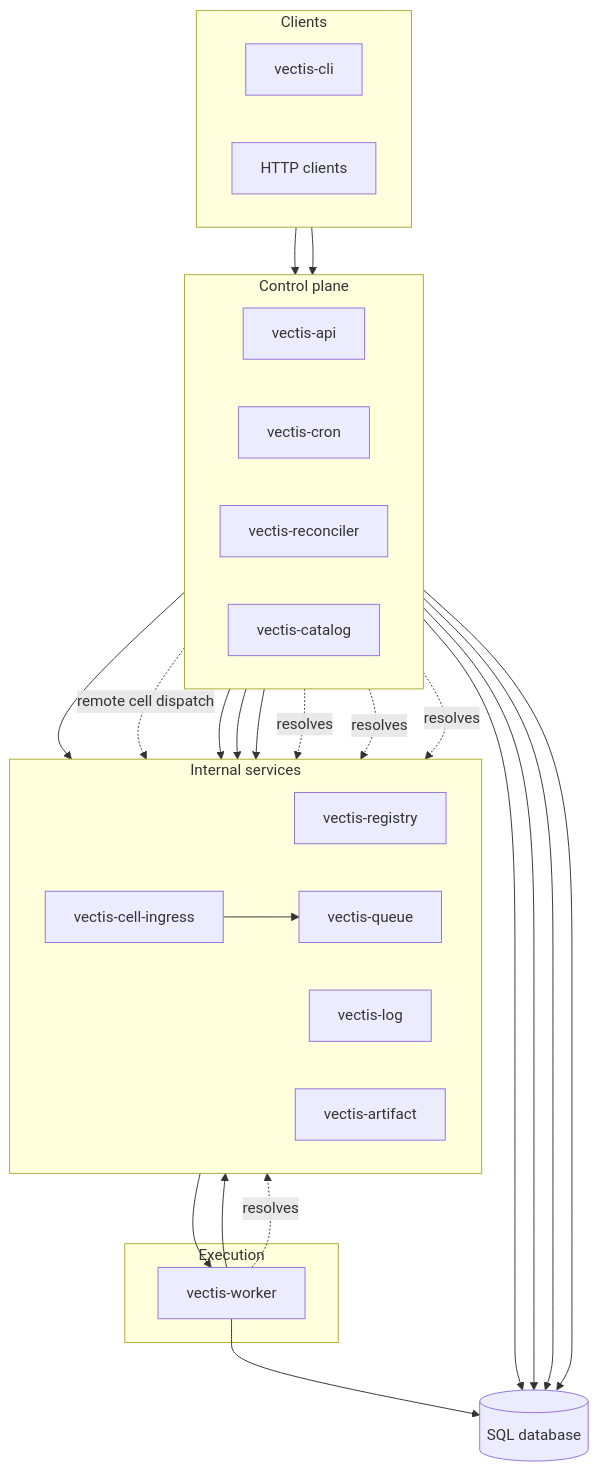
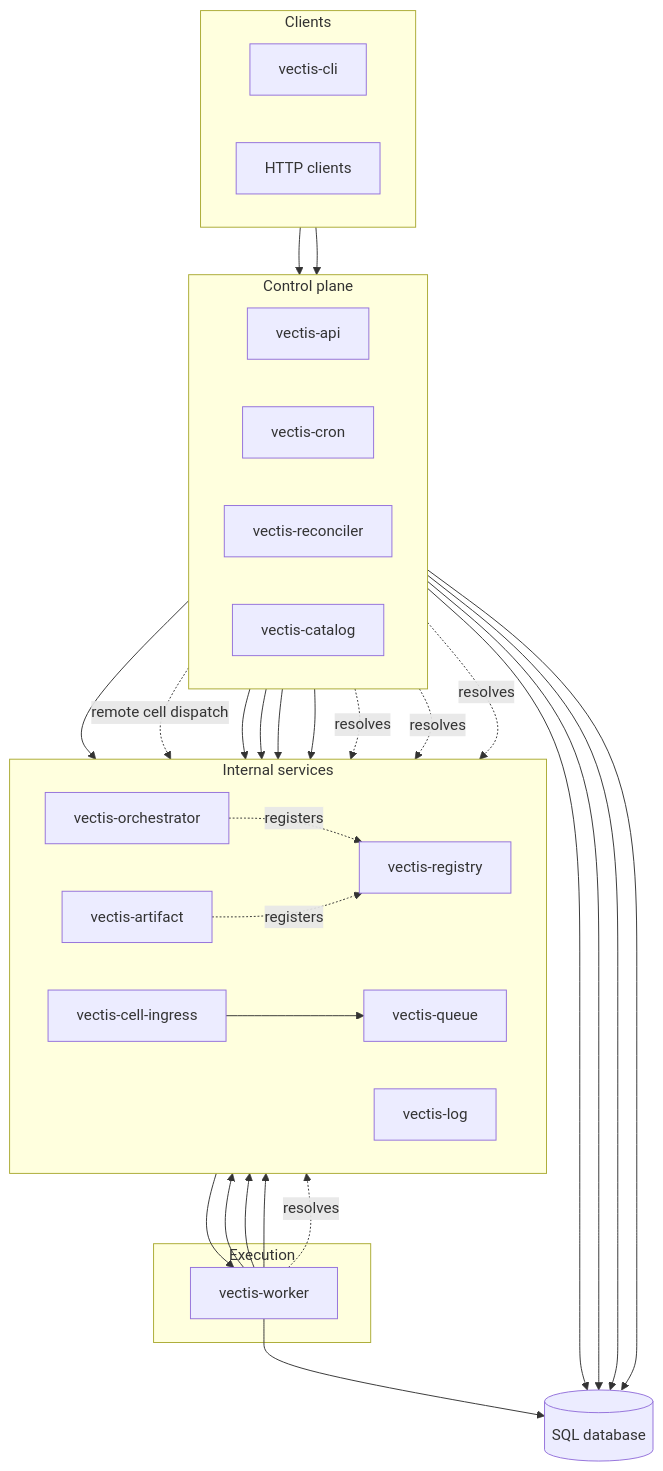
Before and after one commit to garrett-s-wininger/vectis: the diagram in website/docs/concepts/architecture.md, drawn with Mermaid. The commit also changed other lines of this file and 92 other files, not shown here.

````diff
--- a/website/docs/concepts/architecture.md
+++ b/website/docs/concepts/architecture.md
@@ -42,55 +42,61 @@
 ```mermaid
 flowchart TB
   subgraph edge [Clients]
     direction LR
     CLI["vectis-cli"]
     HTTP["HTTP clients"]
   end
 
   subgraph control [Control plane]
     direction LR
     API["vectis-api"]
     CRON["vectis-cron"]
     REC["vectis-reconciler"]
     CAT["vectis-catalog"]
   end
 
   subgraph internal [Internal services]
     direction LR
     REG["vectis-registry"]
     CING["vectis-cell-ingress"]
     Q["vectis-queue"]
     LOG["vectis-log"]
     ART["vectis-artifact"]
+    ORCH["vectis-orchestrator"]
   end
 
   subgraph execute [Execution]
     W["vectis-worker"]
   end
 
   DB[("SQL database")]
 
   CLI --> API
   HTTP --> API
 
   API --> DB
   CRON --> DB
   REC --> DB
   CAT --> DB
   W --> DB
 
   API --> Q
   API -. remote cell dispatch .-> CING
   CING --> Q
   CRON --> Q
   REC --> Q
   Q --> W
 
+  W --> ORCH
   W --> LOG
+  W --> ART
   API --> LOG
+  API --> ART
 
   API -. resolves .-> REG
   CRON -. resolves .-> REG
   REC -. resolves .-> REG
   W -. resolves .-> REG
+  ORCH -. registers .-> REG
+  ART -. registers .-> REG
 ```
````
